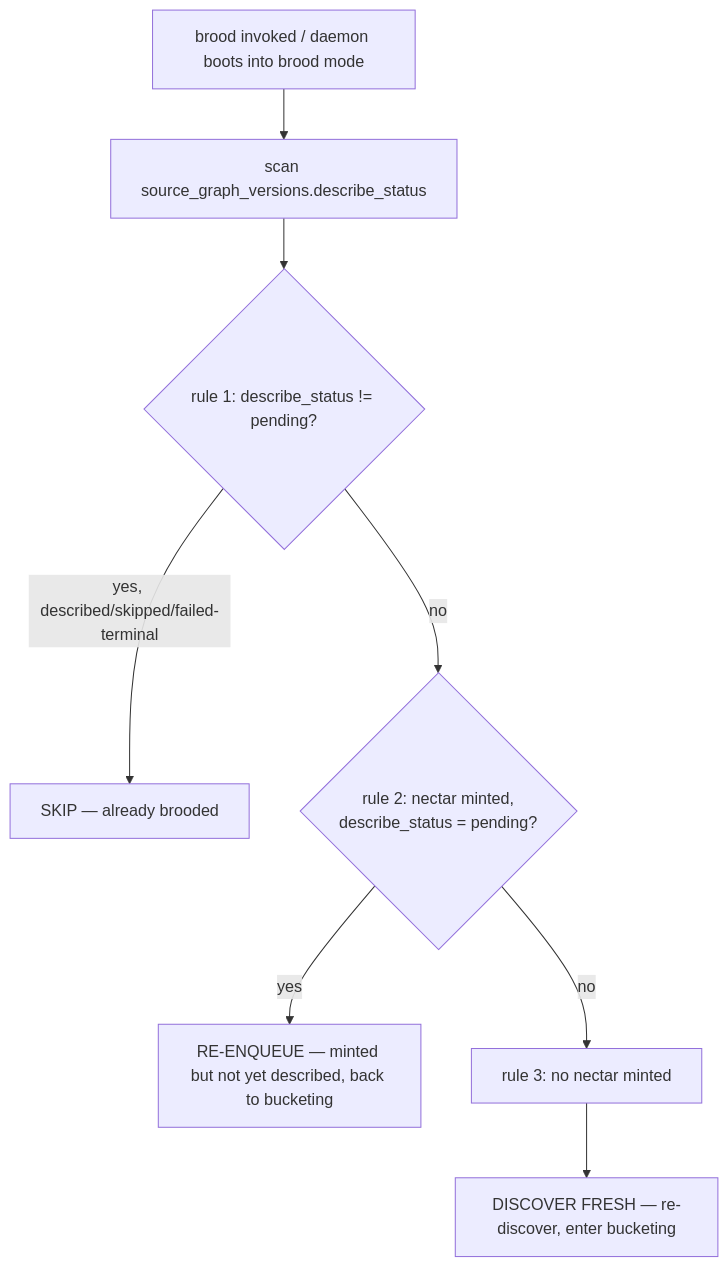
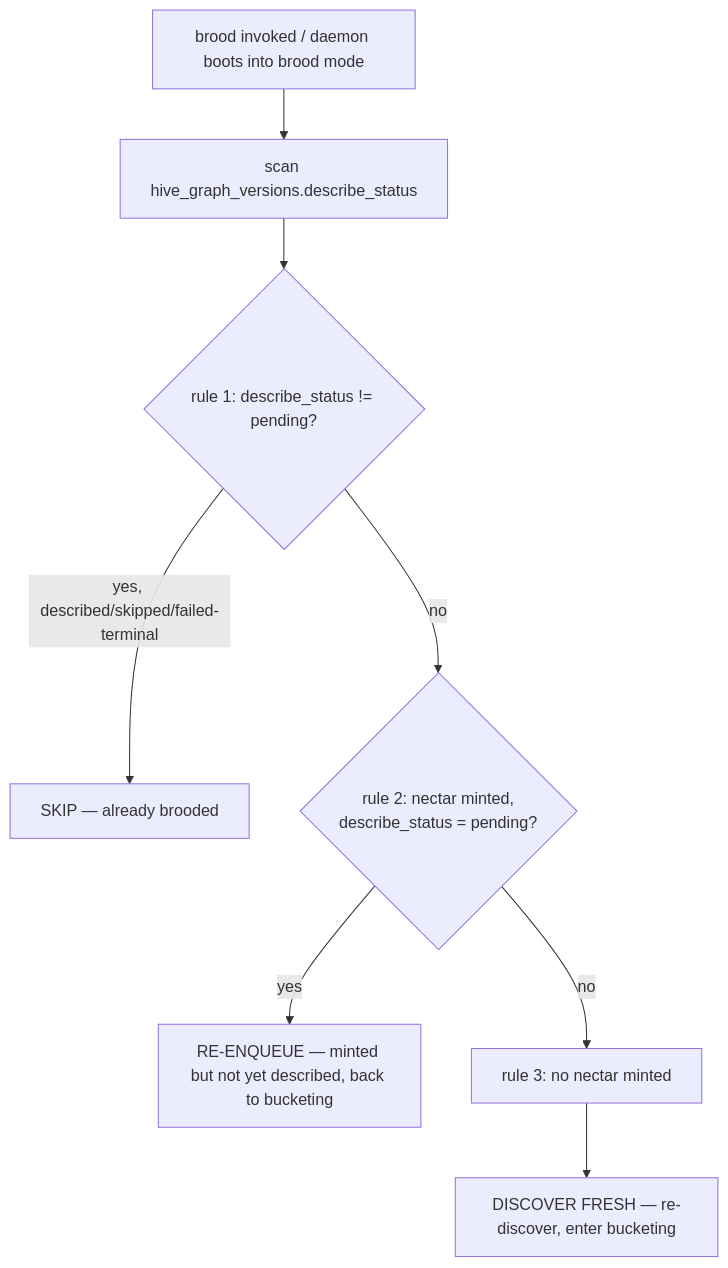
Before and after one commit to legioncodeinc/nectar: the diagram in library/requirements/backlog/prd-007-brooding-process/prd-007c-resumability-state-machine.md, drawn with Mermaid. The commit also changed other lines of this file and 337 other files, not shown here.

````diff
--- a/library/requirements/backlog/prd-007-brooding-process/prd-007c-resumability-state-machine.md
+++ b/library/requirements/backlog/prd-007-brooding-process/prd-007c-resumability-state-machine.md
@@ -49,10 +49,10 @@
 ```mermaid
 flowchart TD
-    boot["brood invoked / daemon boots into brood mode"] --> scan["scan source_graph_versions.describe_status"]
+    boot["brood invoked / daemon boots into brood mode"] --> scan["scan hive_graph_versions.describe_status"]
     scan --> r1{"rule 1: describe_status != pending?"}
     r1 -->|yes, described/skipped/failed-terminal| skip["SKIP — already brooded"]
     r1 -->|no| r2{"rule 2: nectar minted,<br/>describe_status = pending?"}
     r2 -->|yes| requeue["RE-ENQUEUE — minted but not yet described, back to bucketing"]
     r2 -->|no| r3["rule 3: no nectar minted"]
     r3 --> discover["DISCOVER FRESH — re-discover, enter bucketing"]
 ```
````
